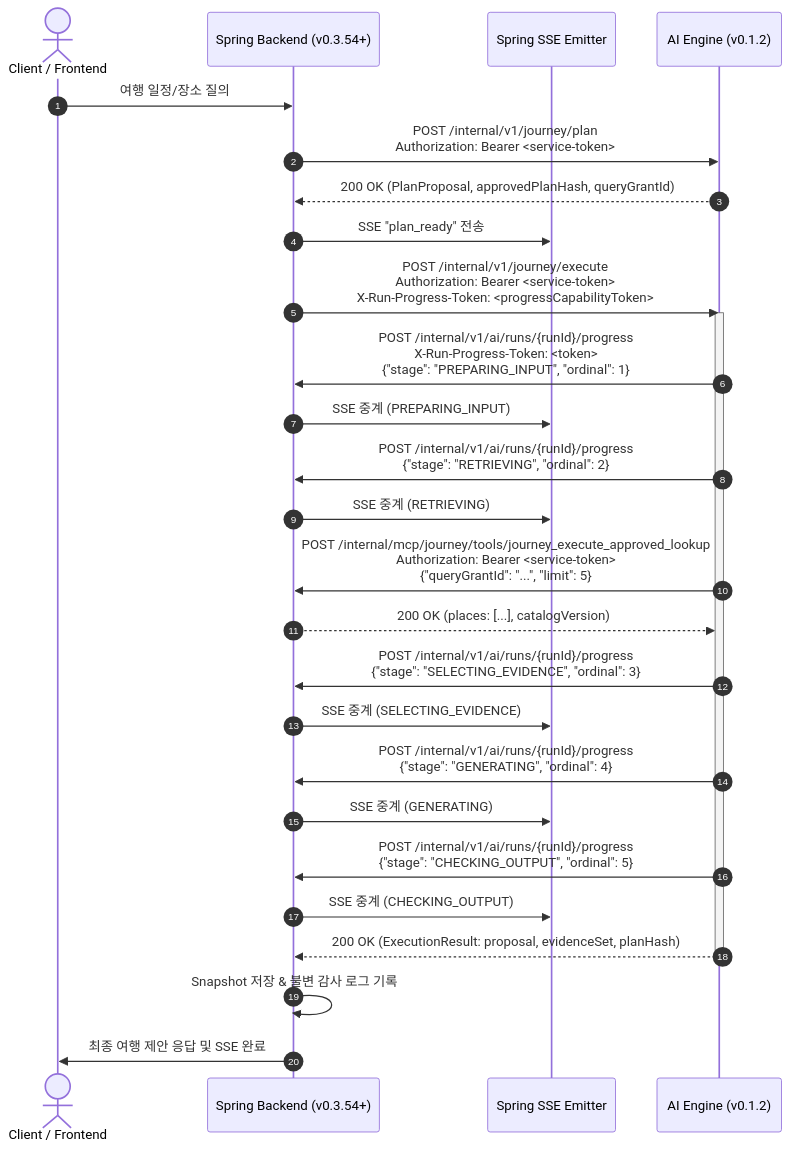
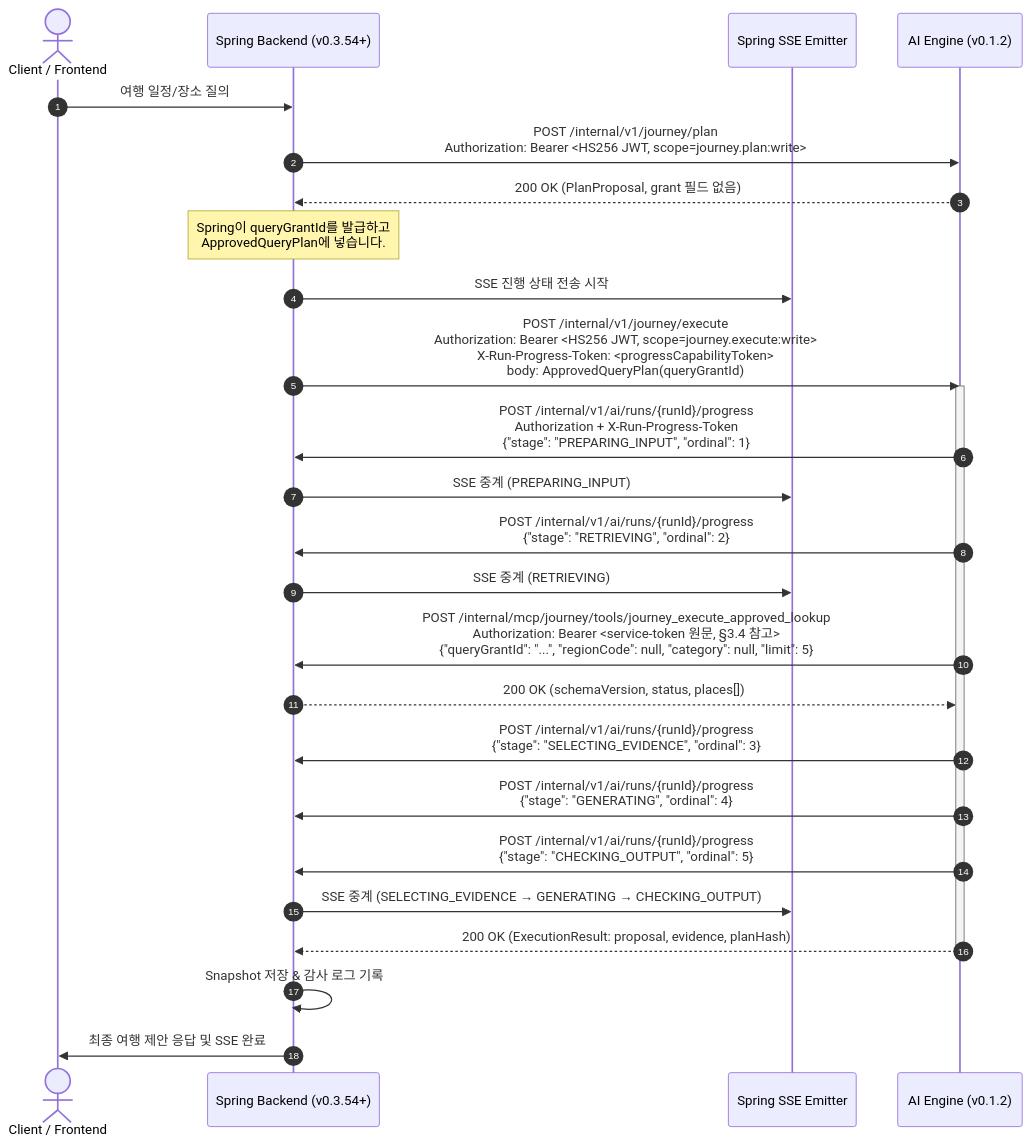
One commit to YRootLab/onmaru-ai-engine changed the diagram in docs/ai-rag/v0.1.2-production-wiring-and-spring-integration.md. Above: the diagram before and after it, drawn with Mermaid. The commit also changed other lines of this file and 6 other files, not shown here.

````diff
--- a/docs/ai-rag/v0.1.2-production-wiring-and-spring-integration.md
+++ b/docs/ai-rag/v0.1.2-production-wiring-and-spring-integration.md
@@ -41,40 +43,37 @@
 ```mermaid
 sequenceDiagram
     autonumber
     actor User as Client / Frontend
     participant Spring as Spring Backend (v0.3.54+)
     participant SSE as Spring SSE Emitter
     participant AI as AI Engine (v0.1.2)
-    
+
     User->>Spring: 여행 일정/장소 질의
-    Spring->>AI: POST /internal/v1/journey/plan<br/>Authorization: Bearer <service-token>
-    AI-->>Spring: 200 OK (PlanProposal, approvedPlanHash, queryGrantId)
-    
-    Spring->>SSE: SSE "plan_ready" 전송
-    Spring->>AI: POST /internal/v1/journey/execute<br/>Authorization: Bearer <service-token><br/>X-Run-Progress-Token: <progressCapabilityToken>
-    
+    Spring->>AI: POST /internal/v1/journey/plan<br/>Authorization: Bearer <HS256 JWT, scope=journey.plan:write>
+    AI-->>Spring: 200 OK (PlanProposal, grant 필드 없음)
+
+    Note over Spring: Spring이 queryGrantId를 발급하고<br/>ApprovedQueryPlan에 넣습니다.
+    Spring->>SSE: SSE 진행 상태 전송 시작
+    Spring->>AI: POST /internal/v1/journey/execute<br/>Authorization: Bearer <HS256 JWT, scope=journey.execute:write><br/>X-Run-Progress-Token: <progressCapabilityToken><br/>body: ApprovedQueryPlan(queryGrantId)
+
     activate AI
-    AI->>Spring: POST /internal/v1/ai/runs/{runId}/progress<br/>X-Run-Progress-Token: <token><br/>{"stage": "PREPARING_INPUT", "ordinal": 1}
+    AI->>Spring: POST /internal/v1/ai/runs/{runId}/progress<br/>Authorization + X-Run-Progress-Token<br/>{"stage": "PREPARING_INPUT", "ordinal": 1}
     Spring->>SSE: SSE 중계 (PREPARING_INPUT)
-    
+
     AI->>Spring: POST /internal/v1/ai/runs/{runId}/progress<br/>{"stage": "RETRIEVING", "ordinal": 2}
     Spring->>SSE: SSE 중계 (RETRIEVING)
-    
-    AI->>Spring: POST /internal/mcp/journey/tools/journey_execute_approved_lookup<br/>Authorization: Bearer <service-token><br/>{"queryGrantId": "...", "limit": 5}
-    Spring-->>AI: 200 OK (places: [...], catalogVersion)
-    
+
+    AI->>Spring: POST /internal/mcp/journey/tools/journey_execute_approved_lookup<br/>Authorization: Bearer <service-token 원문, §3.4 참고><br/>{"queryGrantId": "...", "regionCode": null, "category": null, "limit": 5}
+    Spring-->>AI: 200 OK (schemaVersion, status, places[])
+
     AI->>Spring: POST /internal/v1/ai/runs/{runId}/progress<br/>{"stage": "SELECTING_EVIDENCE", "ordinal": 3}
-    Spring->>SSE: SSE 중계 (SELECTING_EVIDENCE)
-    
     AI->>Spring: POST /internal/v1/ai/runs/{runId}/progress<br/>{"stage": "GENERATING", "ordinal": 4}
-    Spring->>SSE: SSE 중계 (GENERATING)
-    
     AI->>Spring: POST /internal/v1/ai/runs/{runId}/progress<br/>{"stage": "CHECKING_OUTPUT", "ordinal": 5}
-    Spring->>SSE: SSE 중계 (CHECKING_OUTPUT)
-    
-    AI-->>Spring: 200 OK (ExecutionResult: proposal, evidenceSet, planHash)
+    Spring->>SSE: SSE 중계 (SELECTING_EVIDENCE → GENERATING → CHECKING_OUTPUT)
+
+    AI-->>Spring: 200 OK (ExecutionResult: proposal, evidence, planHash)
     deactivate AI
-    
-    Spring->>Spring: Snapshot 저장 & 불변 감사 로그 기록
+
+    Spring->>Spring: Snapshot 저장 & 감사 로그 기록
     Spring->>User: 최종 여행 제안 응답 및 SSE 완료
 ```
````
